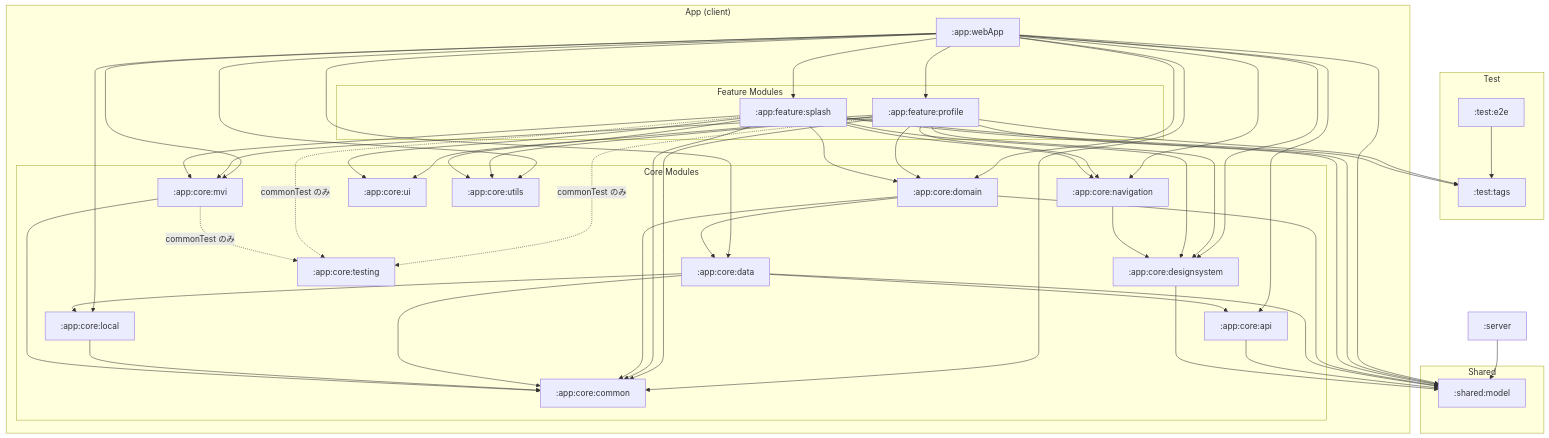
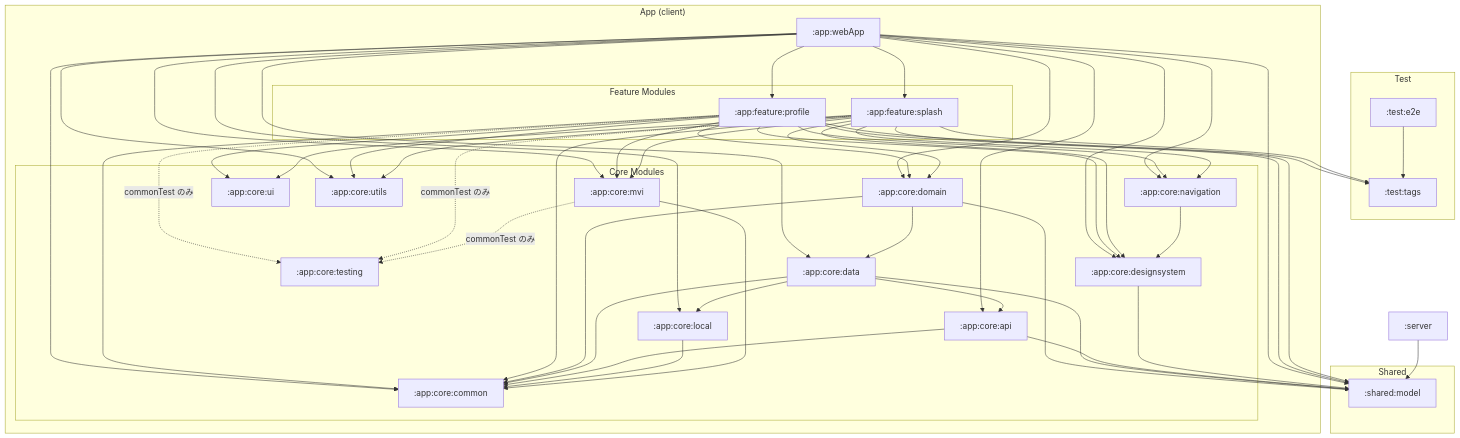
The diagram in docs/ModuleOverview.md (kei-1111/kei-1111.github.io), drawn with Mermaid before and after one commit. The commit also changed other lines of this file and 2 other files, not shown here.

Commit message:
docs: name getOrNull as the required form of the API failure-folding contract
Claude-Session: https://claude.ai/code/session_01TMQKv5Vgk2vvdE41RMR7Lc

````diff
--- a/docs/ModuleOverview.md
+++ b/docs/ModuleOverview.md
@@ -11,54 +11,54 @@
 ```mermaid
 flowchart TB
     subgraph "Shared"
         model[":shared:model"]
     end
 
     subgraph "Test"
         testTags[":test:tags"]
         testE2e[":test:e2e"]
     end
 
     server[":server"]
 
     subgraph "App (client)"
         webApp[":app:webApp"]
 
         subgraph "Feature Modules"
             profile[":app:feature:profile"]
             splash[":app:feature:splash"]
         end
 
         subgraph "Core Modules"
             domain[":app:core:domain"]
             data[":app:core:data"]
             api[":app:core:api"]
             local[":app:core:local"]
             designsystem[":app:core:designsystem"]
             mvi[":app:core:mvi"]
             navigation[":app:core:navigation"]
             testing[":app:core:testing"]
             ui[":app:core:ui"]
             common[":app:core:common"]
             utils[":app:core:utils"]
         end
     end
 
     webApp --> profile & splash
     webApp --> api & common & data & designsystem & domain & local & mvi & navigation & utils & model
 
     profile & splash --> common & designsystem & domain & mvi & navigation & ui & utils & model & testTags
     profile & splash & mvi -. commonTest のみ .-> testing
 
     domain --> common & data & model
     data --> api & common & local & model
-    api --> model
+    api --> common & model
     local --> common
     mvi --> common
     navigation --> designsystem
     designsystem --> model
 
     server --> model
 
     testE2e --> testTags
 ```
````
